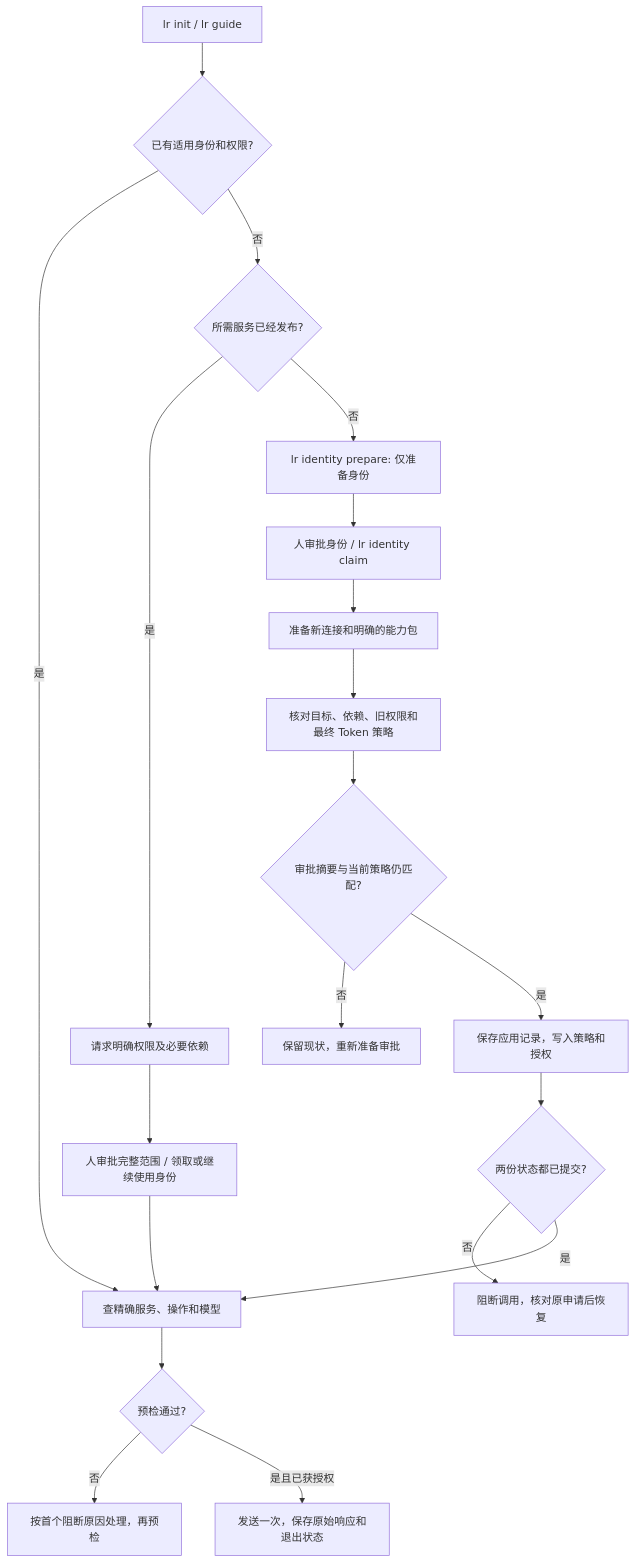
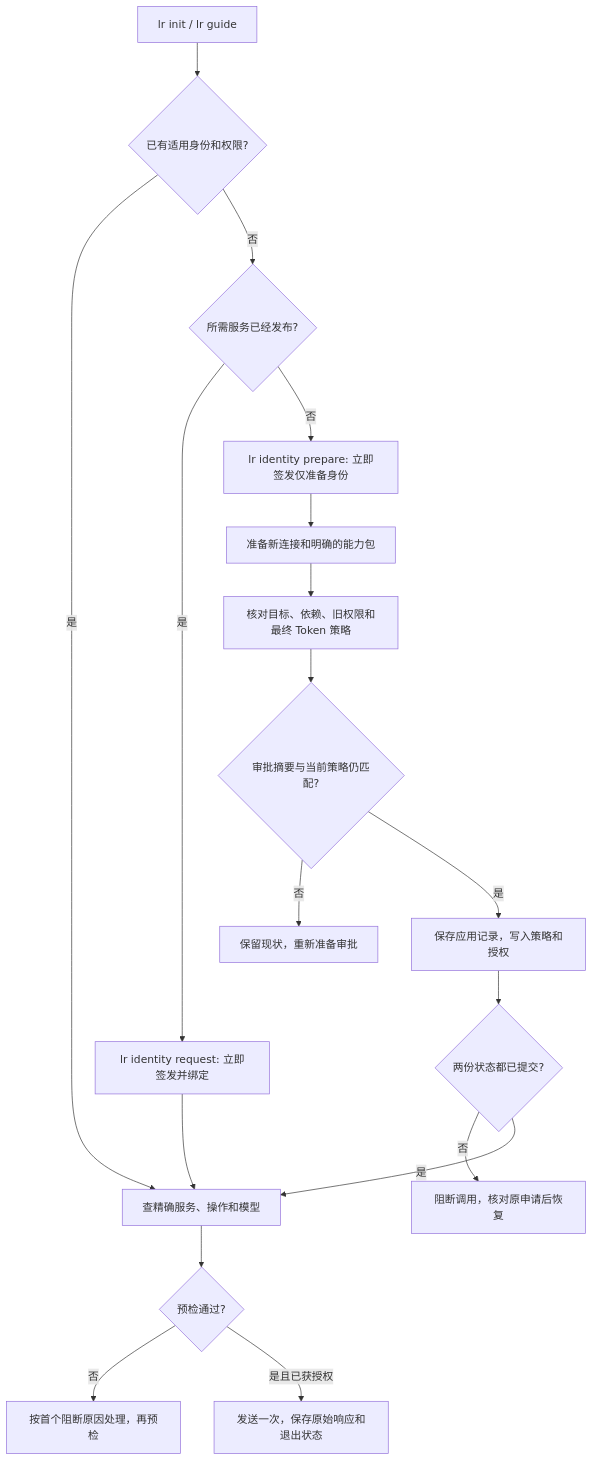
Before and after one commit to vimalinx/LocalRouter: the first of 2 diagrams in docs/AGENT-DECISION-FLOW.md, drawn with Mermaid. The commit also changed other lines of this file and 56 other files, not shown here.

````diff
--- a/docs/AGENT-DECISION-FLOW.md
+++ b/docs/AGENT-DECISION-FLOW.md
@@ -7,22 +7,20 @@
 ```mermaid
 flowchart TD
     Start[lr init / lr guide] --> Existing{已有适用身份和权限?}
     Existing -->|是| Discover[查精确服务、操作和模型]
     Existing -->|否| Published{所需服务已经发布?}
-    Published -->|是| Request[请求明确权限及必要依赖]
-    Published -->|否| Setup[lr identity prepare: 仅准备身份]
-    Setup --> IdentityApproval[人审批身份 / lr identity claim]
-    IdentityApproval --> Prepare[准备新连接和明确的能力包]
+    Published -->|是| Request[lr identity request: 立即签发并绑定]
+    Published -->|否| Setup[lr identity prepare: 立即签发仅准备身份]
+    Setup --> Prepare[准备新连接和明确的能力包]
     Prepare --> Review[核对目标、依赖、旧权限和最终 Token 策略]
-    Request --> ReviewIdentity[人审批完整范围 / 领取或继续使用身份]
     Review --> Match{审批摘要与当前策略仍匹配?}
     Match -->|否| Refresh[保留现状，重新准备审批]
     Match -->|是| Apply[保存应用记录，写入策略和授权]
     Apply --> Committed{两份状态都已提交?}
     Committed -->|否| Block[阻断调用，核对原申请后恢复]
     Committed -->|是| Discover
-    ReviewIdentity --> Discover
+    Request --> Discover
     Discover --> Preflight{预检通过?}
     Preflight -->|否| Advice[按首个阻断原因处理，再预检]
     Preflight -->|是且已获授权| Call[发送一次，保存原始响应和退出状态]
 ```
````
